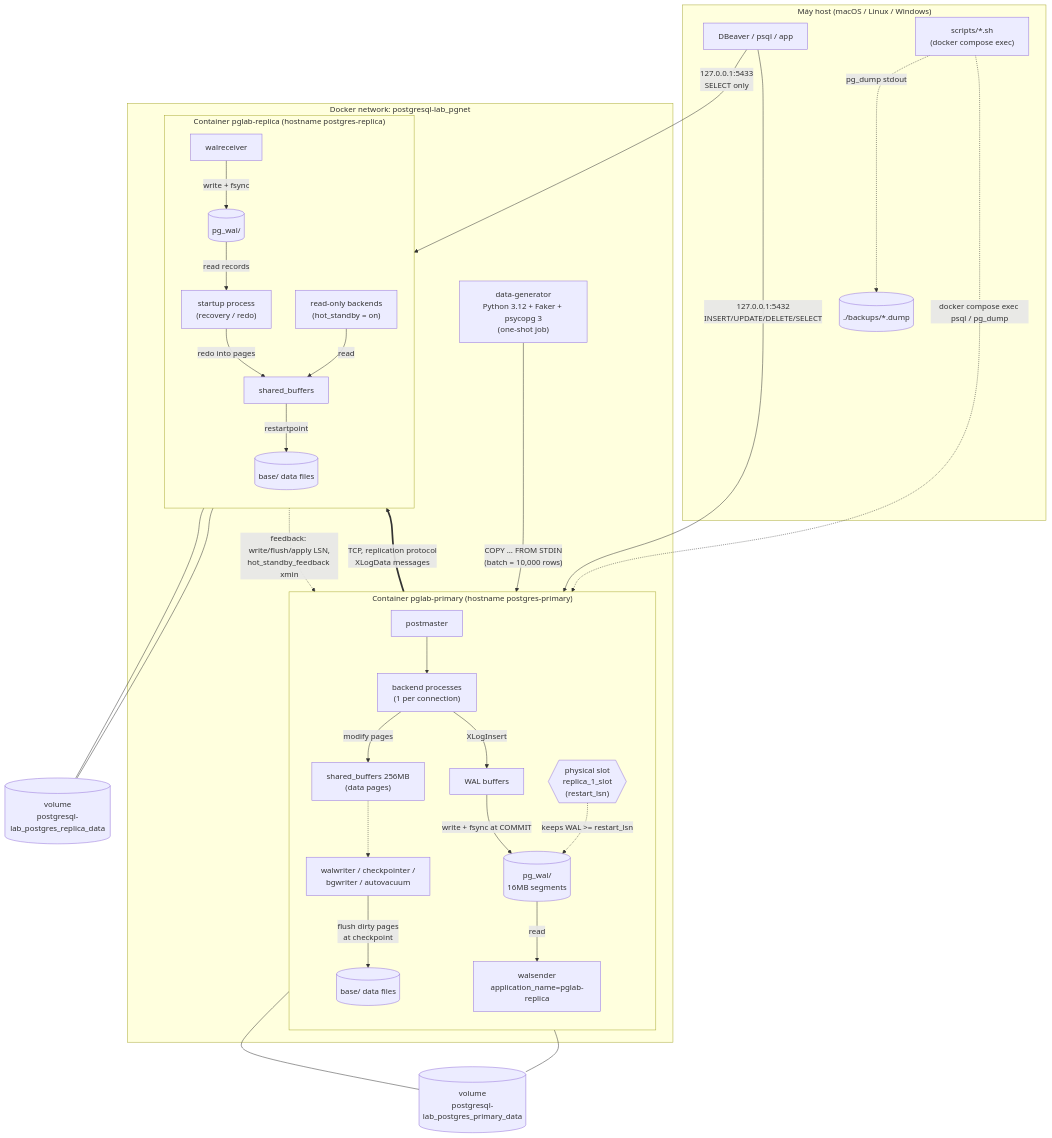
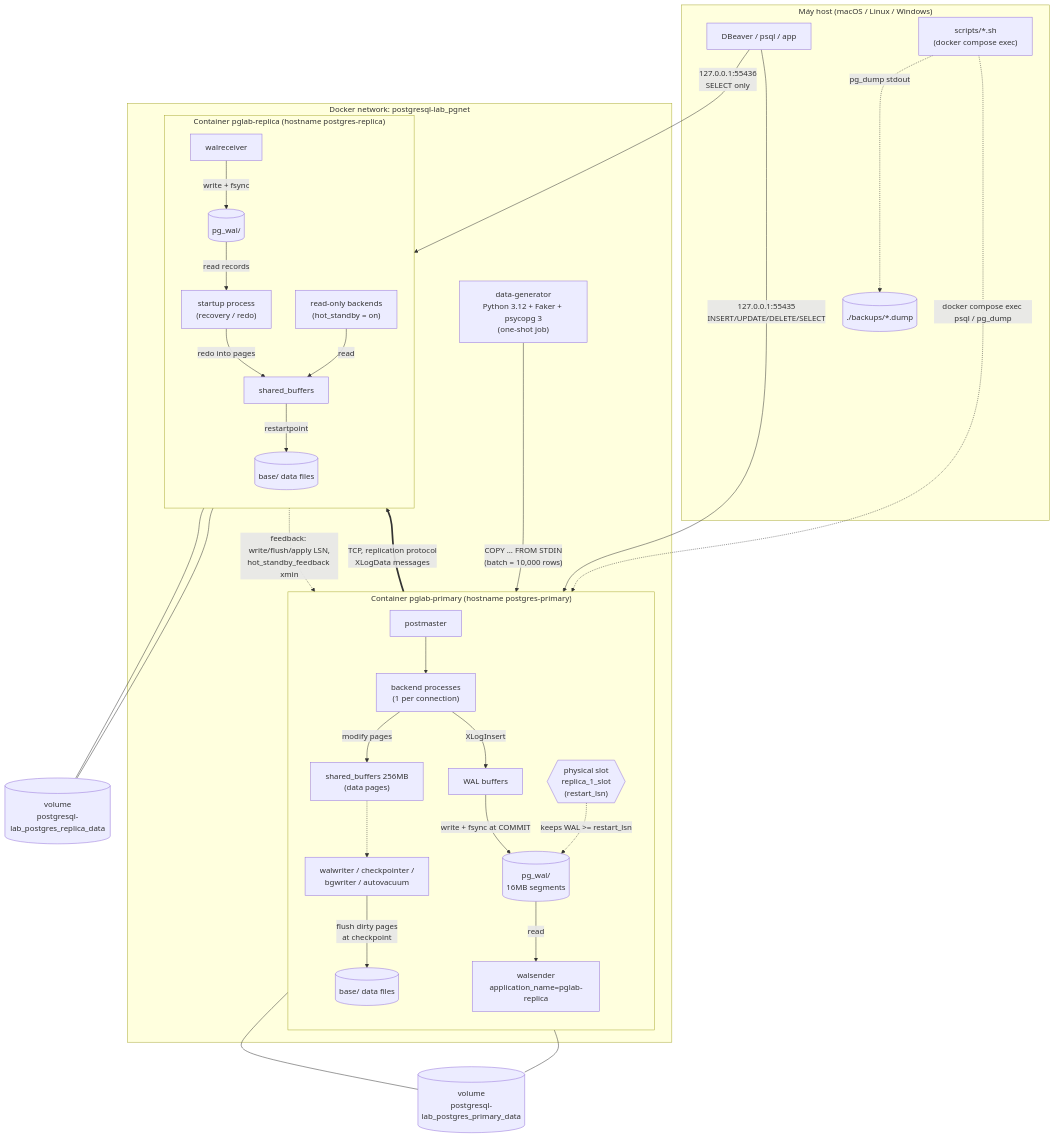
Before and after one commit to Huy-8bit/interview: the first of 3 diagrams in database/docs/architecture.md, drawn with Mermaid. The commit also changed other lines of this file and 279 other files, not shown here.

````diff
--- a/database/docs/architecture.md
+++ b/database/docs/architecture.md
@@ -5,65 +5,65 @@
 ```mermaid
 flowchart TB
     subgraph HOST["Máy host (macOS / Linux / Windows)"]
         DBeaver["DBeaver / psql / app"]
         Scripts["scripts/*.sh<br/>(docker compose exec)"]
         Backups[("./backups/*.dump")]
     end
 
     subgraph NET["Docker network: postgresql-lab_pgnet"]
         Gen["data-generator<br/>Python 3.12 + Faker + psycopg 3<br/>(one-shot job)"]
 
         subgraph PRIMARY["Container pglab-primary (hostname postgres-primary)"]
             direction TB
             PM1["postmaster"]
             BE1["backend processes<br/>(1 per connection)"]
             SB1["shared_buffers 256MB<br/>(data pages)"]
             WB1["WAL buffers"]
             WW["walwriter / checkpointer /<br/>bgwriter / autovacuum"]
             WS["walsender<br/>application_name=pglab-replica"]
             SLOT{{"physical slot<br/>replica_1_slot<br/>(restart_lsn)"}}
             WAL1[("pg_wal/<br/>16MB segments")]
             DATA1[("base/ data files")]
         end
 
         subgraph REPLICA["Container pglab-replica (hostname postgres-replica)"]
             direction TB
             WR["walreceiver"]
             WAL2[("pg_wal/")]
             SU["startup process<br/>(recovery / redo)"]
             SB2["shared_buffers"]
             DATA2[("base/ data files")]
             BE2["read-only backends<br/>(hot_standby = on)"]
         end
     end
 
     V1[("volume<br/>postgresql-lab_postgres_primary_data")]
     V2[("volume<br/>postgresql-lab_postgres_replica_data")]
 
-    DBeaver -->|"127.0.0.1:5432<br/>INSERT/UPDATE/DELETE/SELECT"| PM1
-    DBeaver -->|"127.0.0.1:5433<br/>SELECT only"| BE2
+    DBeaver -->|"127.0.0.1:55435<br/>INSERT/UPDATE/DELETE/SELECT"| PM1
+    DBeaver -->|"127.0.0.1:55436<br/>SELECT only"| BE2
     Scripts -. "docker compose exec psql / pg_dump" .-> BE1
     Scripts -. "pg_dump stdout" .-> Backups
     Gen -->|"COPY ... FROM STDIN<br/>(batch = 10,000 rows)"| BE1
 
     PM1 --> BE1
     BE1 -->|"modify pages"| SB1
     BE1 -->|"XLogInsert"| WB1
     WB1 -->|"write + fsync at COMMIT"| WAL1
     WW -->|"flush dirty pages<br/>at checkpoint"| DATA1
     SB1 -.-> WW
     WAL1 -->|"read"| WS
     SLOT -. "keeps WAL >= restart_lsn" .-> WAL1
     WS ==>|"TCP, replication protocol<br/>XLogData messages"| WR
     WR -. "feedback: write/flush/apply LSN,<br/>hot_standby_feedback xmin" .-> WS
     WR -->|"write + fsync"| WAL2
     WAL2 -->|"read records"| SU
     SU -->|"redo into pages"| SB2
     SB2 -->|"restartpoint"| DATA2
     BE2 -->|"read"| SB2
 
     DATA1 --- V1
     WAL1 --- V1
     DATA2 --- V2
     WAL2 --- V2
 ```
````
